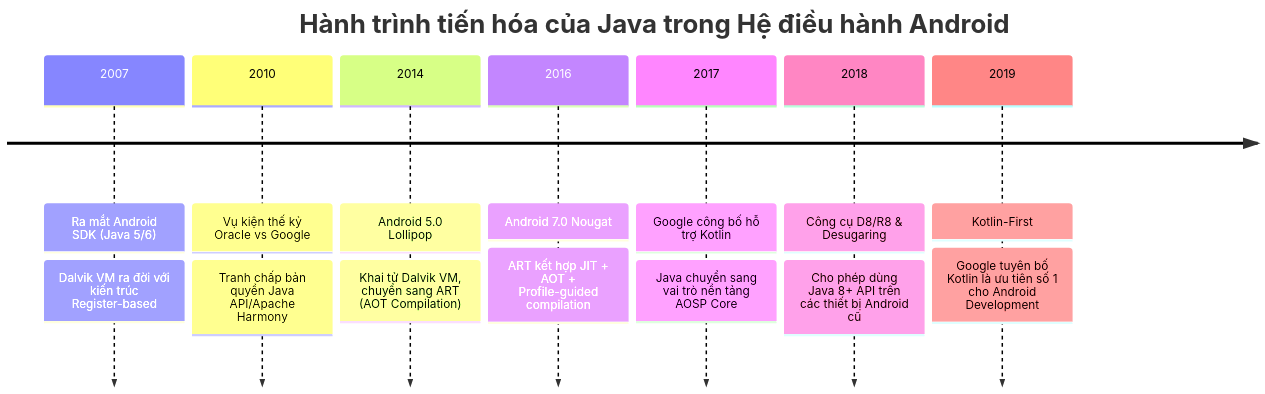
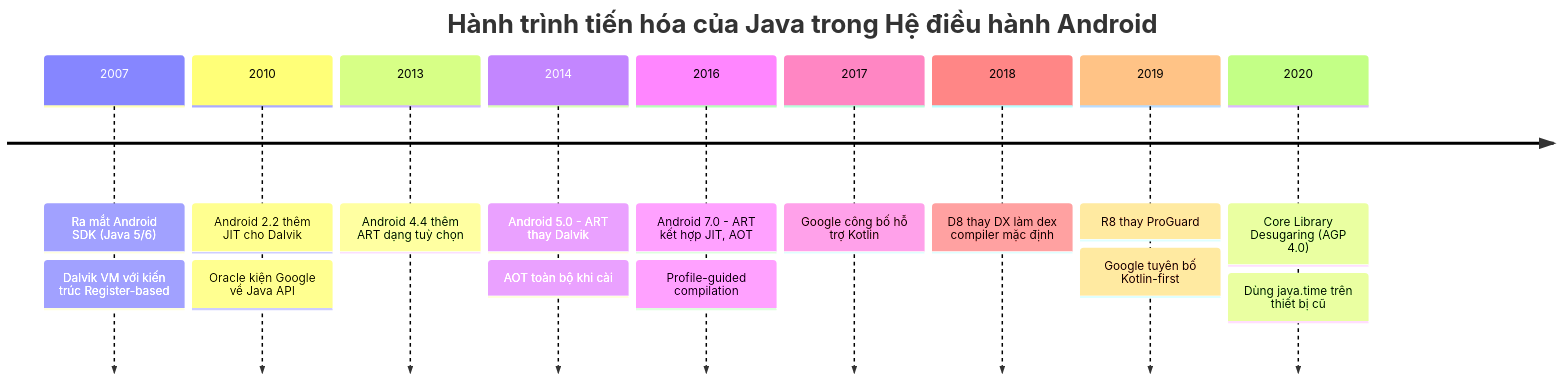
One commit to h1eu/knowledge changed the fourth of 4 diagrams in knowledge/android/docs/session_01/languages/java_android.md. Above: the diagram before and after it, drawn with Mermaid. The commit also changed other lines of this file and 80 other files, not shown here.

First line of the commit message:
docs(android): rewrite Session 01, add Claude Code config and diagrams

````diff
--- a/knowledge/android/docs/session_01/languages/java_android.md
+++ b/knowledge/android/docs/session_01/languages/java_android.md
@@ -477,11 +465,13 @@
 ```mermaid
 timeline
     title Hành trình tiến hóa của Java trong Hệ điều hành Android
-    2007 : Ra mắt Android SDK (Java 5/6) : Dalvik VM ra đời với kiến trúc Register-based
-    2010 : Vụ kiện thế kỷ Oracle vs Google : Tranh chấp bản quyền Java API/Apache Harmony
-    2014 : Android 5.0 Lollipop : Khai tử Dalvik VM, chuyển sang ART (AOT Compilation)
-    2016 : Android 7.0 Nougat : ART kết hợp JIT + AOT + Profile-guided compilation
-    2017 : Google công bố hỗ trợ Kotlin : Java chuyển sang vai trò nền tảng AOSP Core
-    2018 : Công cụ D8/R8 & Desugaring : Cho phép dùng Java 8+ API trên các thiết bị Android cũ
-    2019 : Kotlin-First : Google tuyên bố Kotlin là ưu tiên số 1 cho Android Development
+    2007 : Ra mắt Android SDK (Java 5/6) : Dalvik VM với kiến trúc Register-based
+    2010 : Android 2.2 thêm JIT cho Dalvik : Oracle kiện Google về Java API
+    2013 : Android 4.4 thêm ART dạng tuỳ chọn
+    2014 : Android 5.0 - ART thay Dalvik : AOT toàn bộ khi cài
+    2016 : Android 7.0 - ART kết hợp JIT, AOT : Profile-guided compilation
+    2017 : Google công bố hỗ trợ Kotlin
+    2018 : D8 thay DX làm dex compiler mặc định
+    2019 : R8 thay ProGuard : Google tuyên bố Kotlin-first
+    2020 : Core Library Desugaring (AGP 4.0) : Dùng java.time trên thiết bị cũ
 ```
````
